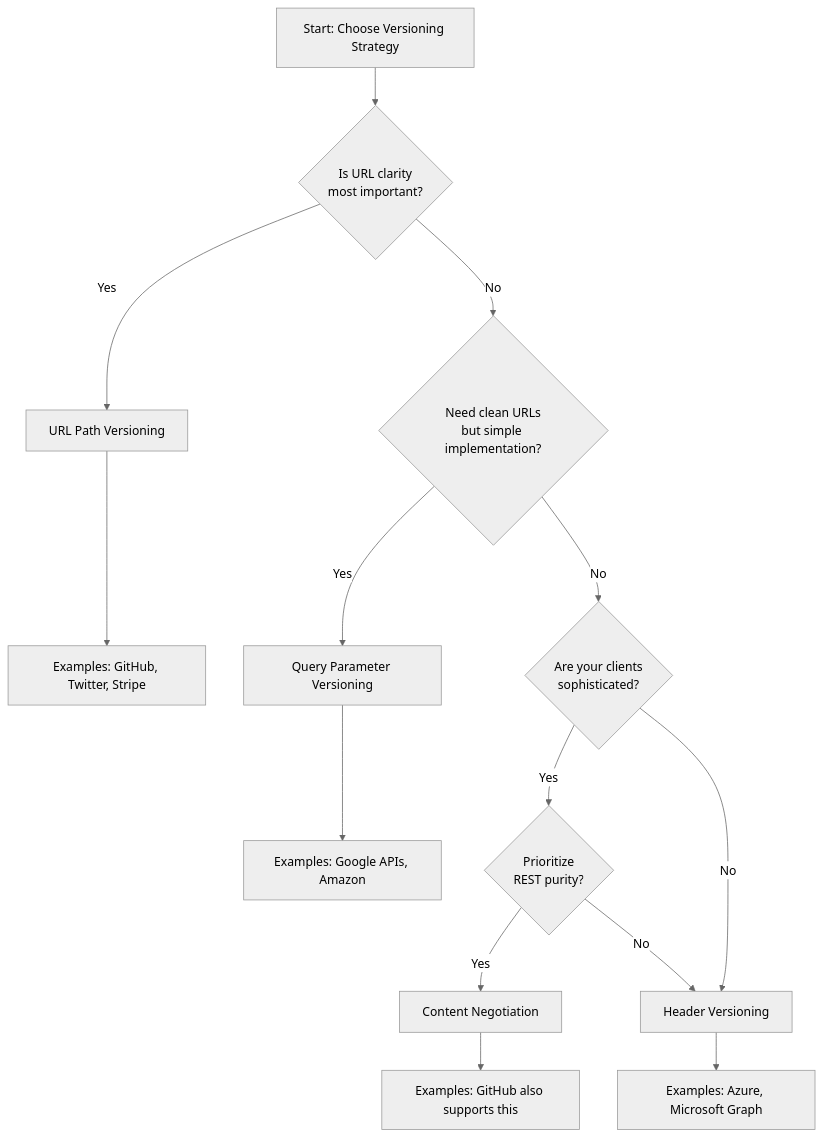
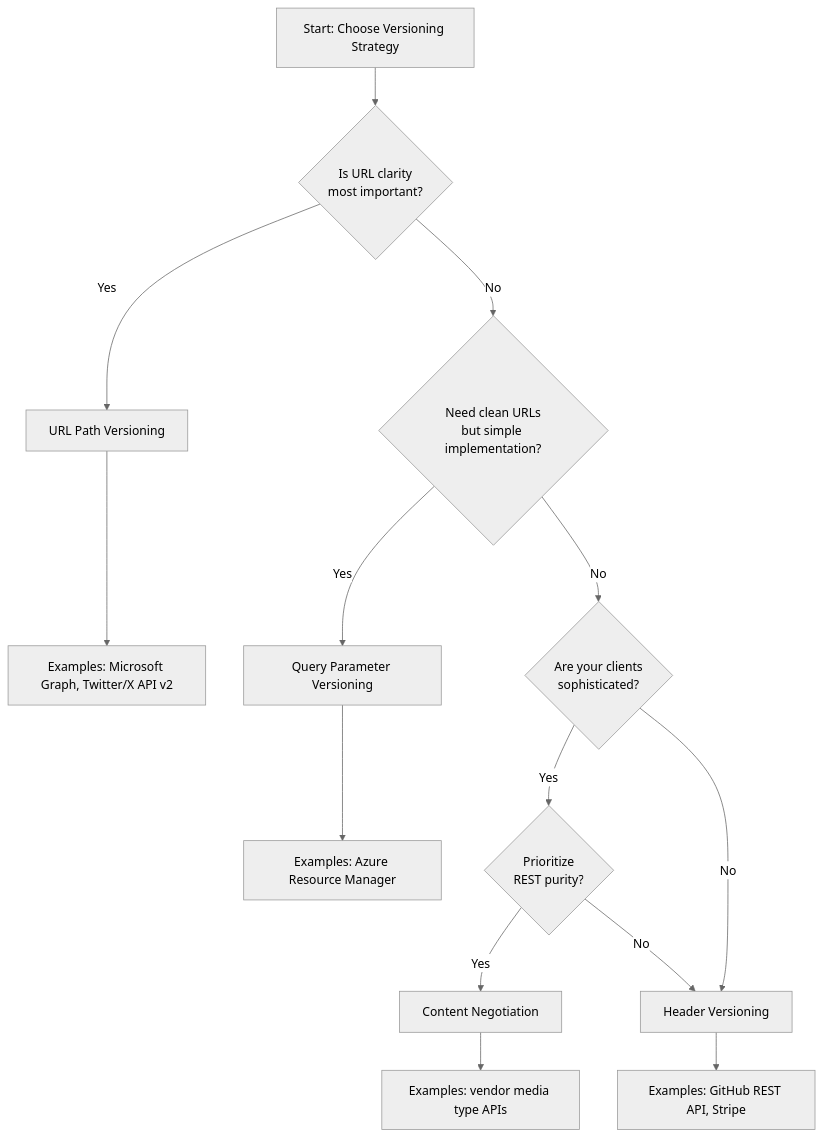
The second of 3 diagrams in posts/2026-01-26-rest-api-versioning/README.md (OneUptime/blog), drawn with Mermaid (neutral theme) before and after one commit. The commit also changed other lines of this file and 2 other files, not shown here.

Commit message:
validate: 2026-01-26-rest-api-versioning

````diff
--- a/posts/2026-01-26-rest-api-versioning/README.md
+++ b/posts/2026-01-26-rest-api-versioning/README.md
@@ -445,17 +448,17 @@
 ```mermaid
 flowchart TD
     A[Start: Choose Versioning Strategy] --> B{Is URL clarity<br/>most important?}
     B -->|Yes| C[URL Path Versioning]
     B -->|No| D{Need clean URLs<br/>but simple implementation?}
     D -->|Yes| E[Query Parameter Versioning]
     D -->|No| F{Are your clients<br/>sophisticated?}
     F -->|Yes| G{Prioritize<br/>REST purity?}
     F -->|No| H[Header Versioning]
     G -->|Yes| I[Content Negotiation]
     G -->|No| H
 
-    C --> J[Examples: GitHub, Twitter, Stripe]
-    E --> K[Examples: Google APIs, Amazon]
-    H --> L[Examples: Azure, Microsoft Graph]
-    I --> M[Examples: GitHub also supports this]
+    C --> J[Examples: Microsoft Graph, Twitter/X API v2]
+    E --> K[Examples: Azure Resource Manager]
+    H --> L[Examples: GitHub REST API, Stripe]
+    I --> M[Examples: vendor media type APIs]
 ```
````
